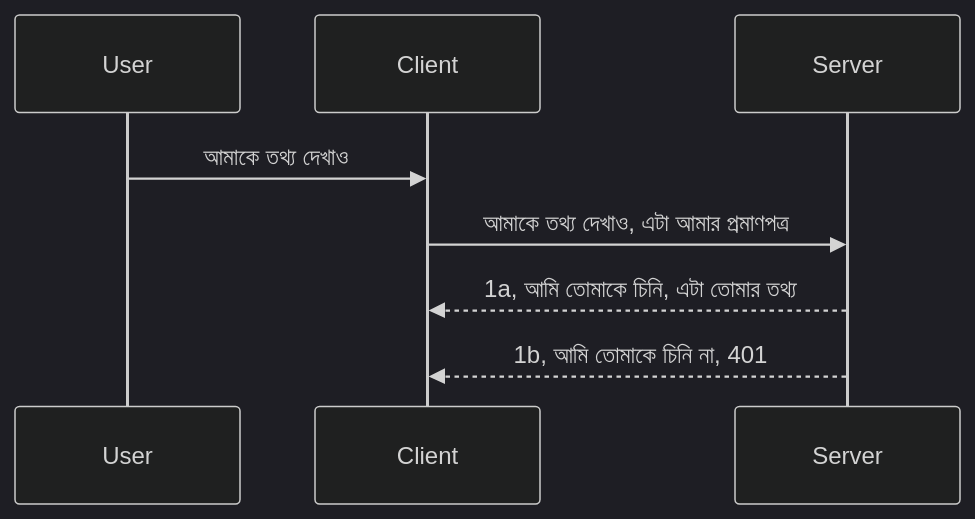
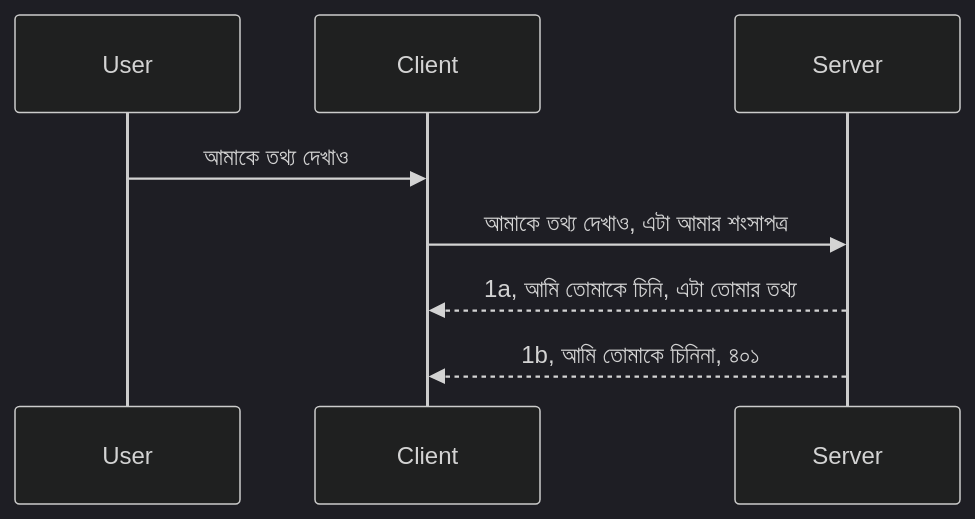
Before and after one commit to HIDORAKAI002/ai-workspace-archive: the diagram in mcp_ecosystem__model_context_protocol/mcp_learning_resources/mcp-for-beginners/translations/bn/03-GettingStarted/11-simple-auth/README.md, drawn with Mermaid (dark theme). The commit also changed other lines of this file and 1046 other files, not shown here.

````diff
--- a/mcp_ecosystem__model_context_protocol/mcp_learning_resources/mcp-for-beginners/translations/bn/03-GettingStarted/11-simple-auth/README.md
+++ b/mcp_ecosystem__model_context_protocol/mcp_learning_resources/mcp-for-beginners/translations/bn/03-GettingStarted/11-simple-auth/README.md
@@ -24,11 +24,11 @@
 ```mermaid
 sequenceDiagram
    participant User
    participant Client
    participant Server
 
    User->>Client: আমাকে তথ্য দেখাও
-   Client->>Server: আমাকে তথ্য দেখাও, এটা আমার প্রমাণপত্র
+   Client->>Server: আমাকে তথ্য দেখাও, এটা আমার শংসাপত্র
    Server-->>Client: 1a, আমি তোমাকে চিনি, এটা তোমার তথ্য
-   Server-->>Client: 1b, আমি তোমাকে চিনি না, 401 
+   Server-->>Client: 1b, আমি তোমাকে চিনিনা, ৪০১ 
 ```
````
